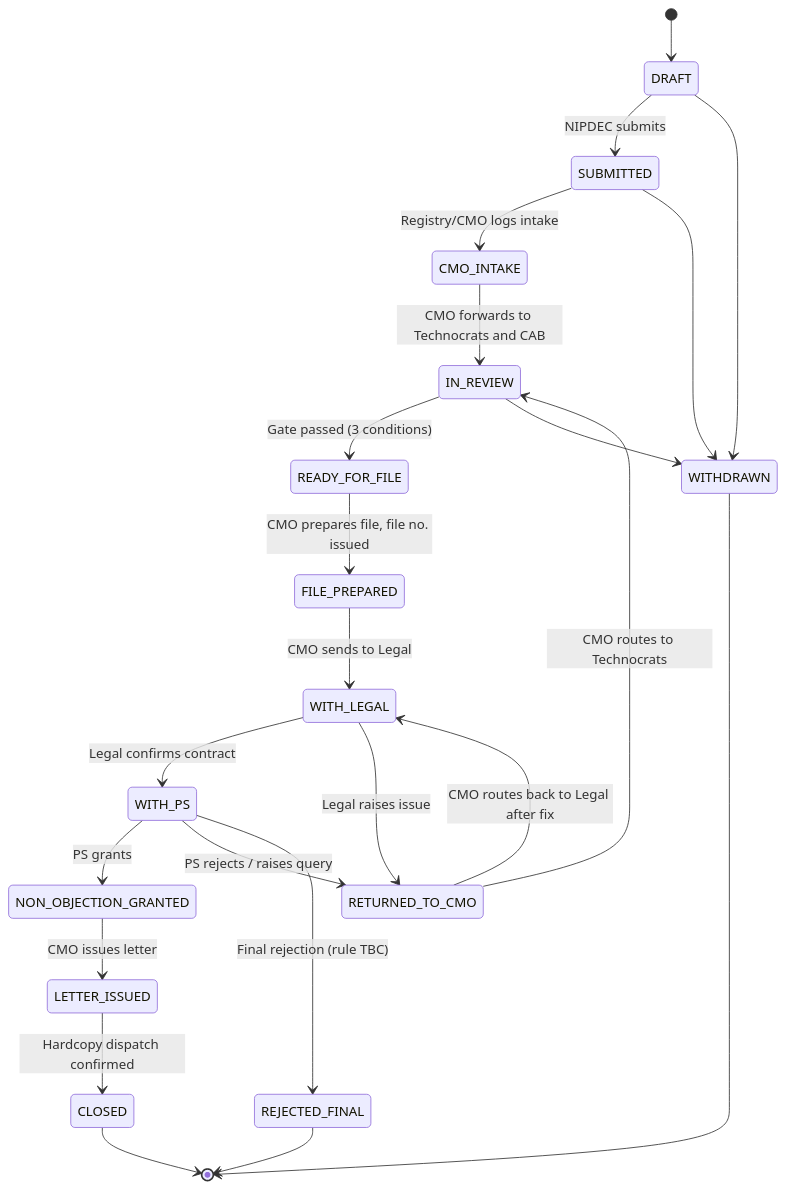
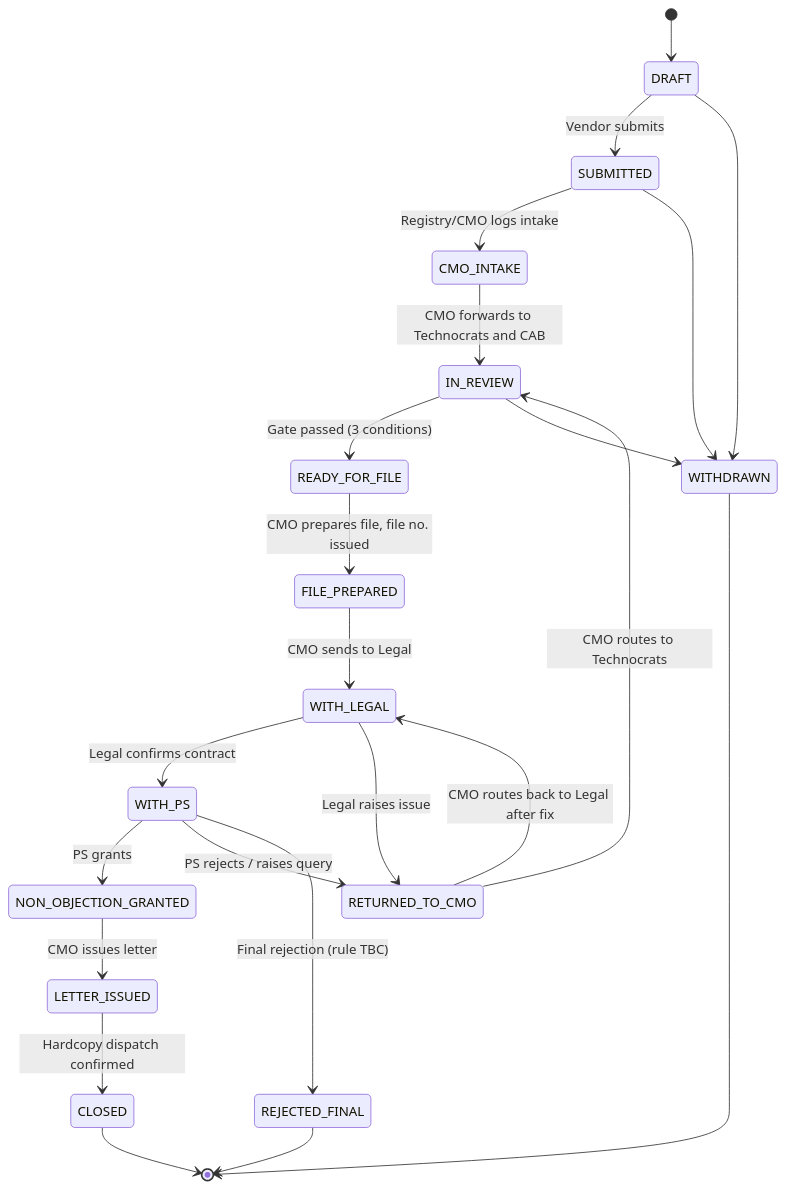
Before and after one commit to kyleblackman-moh/med_sup_track: the first of 3 diagrams in claude.md, drawn with Mermaid. The commit also changed other lines of this file and 28 other files, not shown here.

First line of the commit message:
Add schema, roles, permissions and MOH seed data

````diff
--- a/claude.md
+++ b/claude.md
@@ -260,25 +262,25 @@
 ```mermaid
 stateDiagram-v2
     [*] --> DRAFT
-    DRAFT --> SUBMITTED: NIPDEC submits
+    DRAFT --> SUBMITTED: Vendor submits
     SUBMITTED --> CMO_INTAKE: Registry/CMO logs intake
     CMO_INTAKE --> IN_REVIEW: CMO forwards to Technocrats and CAB
     IN_REVIEW --> READY_FOR_FILE: Gate passed (3 conditions)
     READY_FOR_FILE --> FILE_PREPARED: CMO prepares file, file no. issued
     FILE_PREPARED --> WITH_LEGAL: CMO sends to Legal
     WITH_LEGAL --> WITH_PS: Legal confirms contract
     WITH_LEGAL --> RETURNED_TO_CMO: Legal raises issue
     WITH_PS --> NON_OBJECTION_GRANTED: PS grants
     WITH_PS --> RETURNED_TO_CMO: PS rejects / raises query
     RETURNED_TO_CMO --> IN_REVIEW: CMO routes to Technocrats
     RETURNED_TO_CMO --> WITH_LEGAL: CMO routes back to Legal after fix
     NON_OBJECTION_GRANTED --> LETTER_ISSUED: CMO issues letter
     LETTER_ISSUED --> CLOSED: Hardcopy dispatch confirmed
     DRAFT --> WITHDRAWN
     SUBMITTED --> WITHDRAWN
     IN_REVIEW --> WITHDRAWN
     WITH_PS --> REJECTED_FINAL: Final rejection (rule TBC)
     CLOSED --> [*]
     WITHDRAWN --> [*]
     REJECTED_FINAL --> [*]
 ```
````
